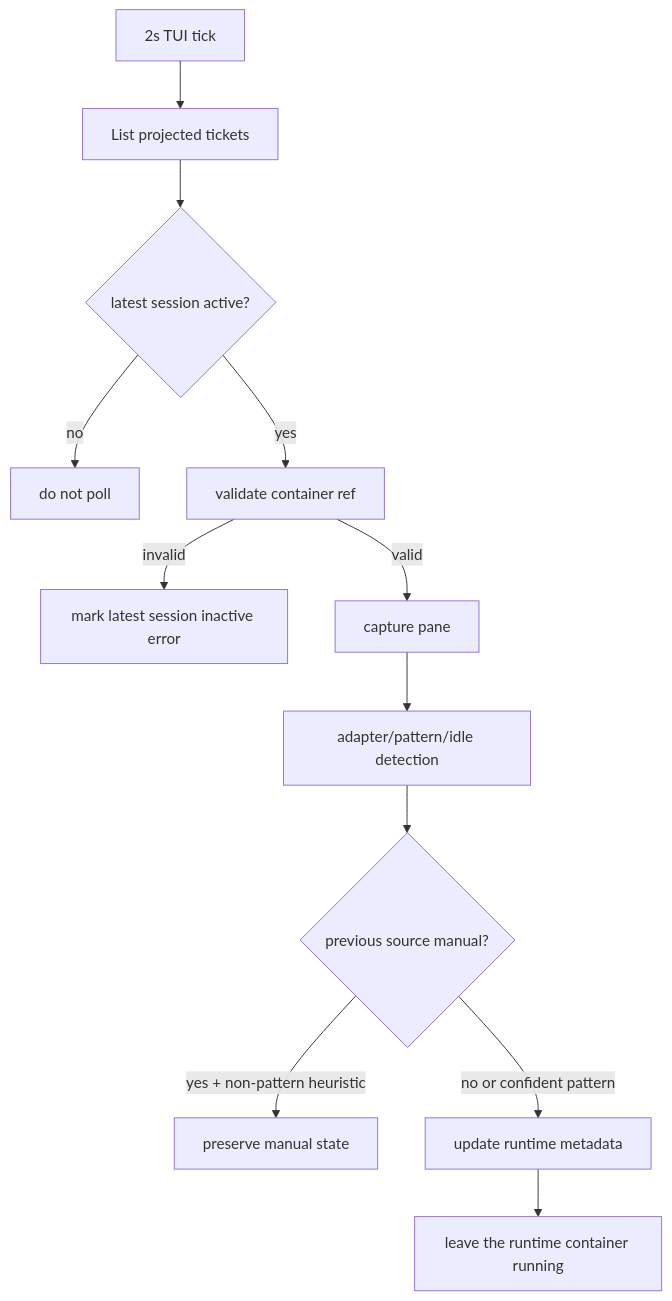
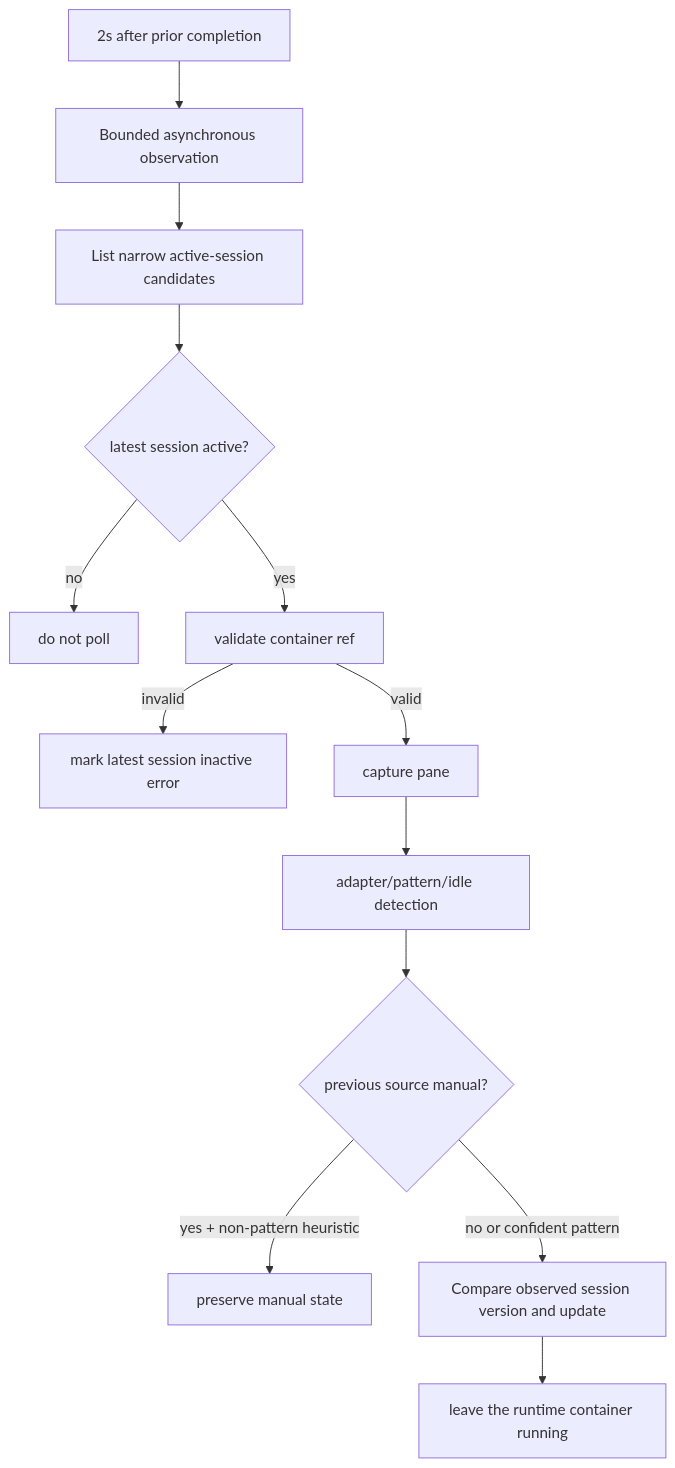
The fourth of 6 diagrams in docs/state-management.md (carlotran4/kanbi), drawn with Mermaid before and after one commit. The commit also changed other lines of this file and 63 other files, not shown here.

````diff
--- a/docs/state-management.md
+++ b/docs/state-management.md
@@ -95,14 +95,15 @@
 ```mermaid
 flowchart TD
-    Tick[2s TUI tick] --> List[List projected tickets]
+    Tick[2s after prior completion] --> Worker[Bounded asynchronous observation]
+    Worker --> List[List narrow active-session candidates]
     List --> Active{latest session active?}
     Active -- no --> Skip[do not poll]
     Active -- yes --> Validate[validate container ref]
     Validate -- invalid --> Missing[mark latest session inactive error]
     Validate -- valid --> Capture[capture pane]
     Capture --> Detect[adapter/pattern/idle detection]
     Detect --> Manual{previous source manual?}
     Manual -- yes + non-pattern heuristic --> Preserve[preserve manual state]
-    Manual -- no or confident pattern --> Update[update runtime metadata]
+    Manual -- no or confident pattern --> Update[Compare observed session version and update]
     Update --> Done[leave the runtime container running]
 ```
````
